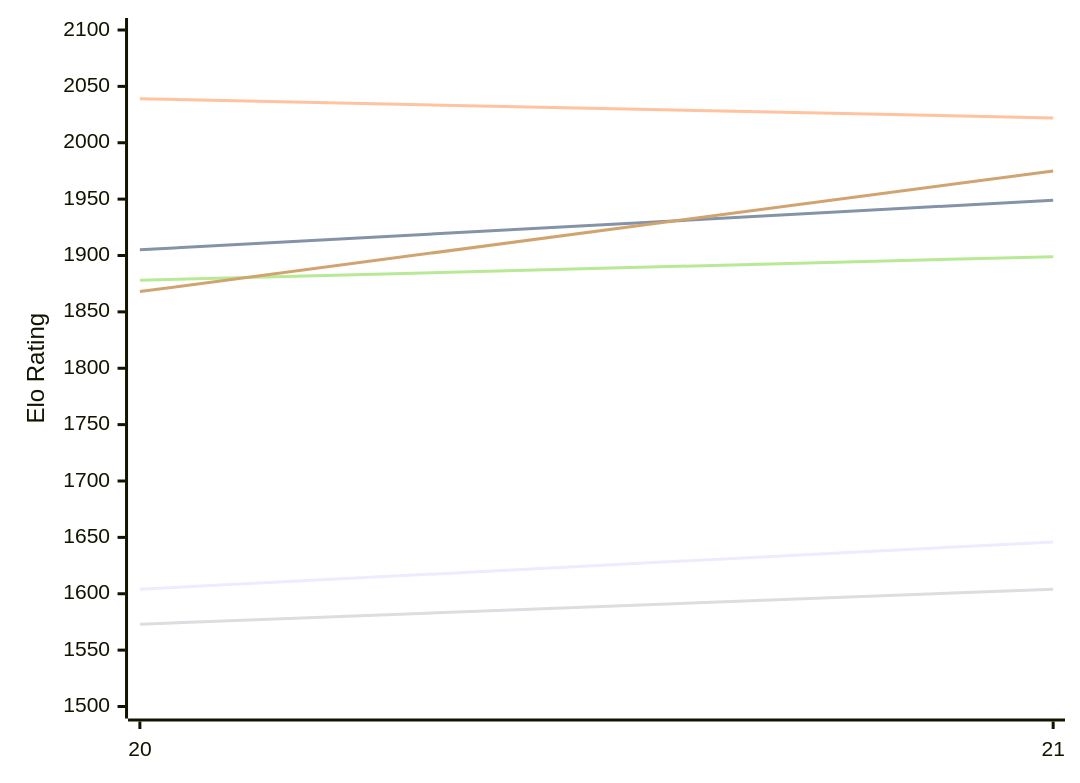
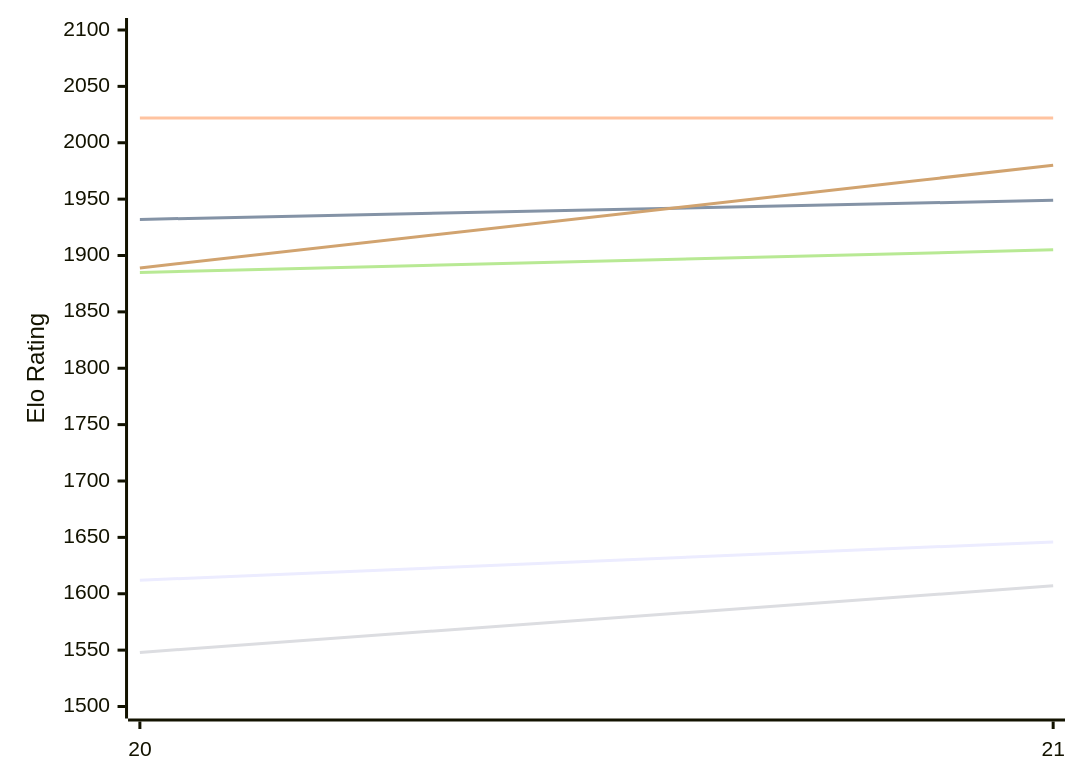
One commit to computer-chess-index/cci changed the first of 2 diagrams in engines/PurplePanda.md. Above: the diagram before and after it, drawn with Mermaid. The commit also changed other lines of this file, not shown here.

Commit message:
Update CCI Ratings (ELO VLTC) - 2026-11-17

````diff
--- a/engines/PurplePanda.md
+++ b/engines/PurplePanda.md
@@ -50,12 +50,12 @@
 ```mermaid
 %%{init: {"theme":"base","themeVariables":{"seriesColors:['#a3a3a3','#222221','#faa371']}}}%%
 xychart-beta
   x-axis ["20", "21"]
   y-axis "Elo Rating" 1500 --> 2100
-  line "E1: STC (8.0+0.08s)" [1604, 1646]
-  line "E1: LTC (60.0+0.60s)" [1905, 1949]
-  line "E1: VLTC (2m24s+1.12s)" [2039, 2022]
-  line "P1: STC (8.0+0.08s)" [1573, 1604]
-  line "P1: LTC (60.0+0.60s)" [1878, 1899]
-  line "P1: VLTC (2m24s+1.12s)" [1868, 1975]
+  line "E1: STC (8.0+0.08s)" [1612, 1646]
+  line "E1: LTC (60.0+0.60s)" [1932, 1949]
+  line "E1: VLTC (2m24s+1.12s)" [2022, 2022]
+  line "P1: STC (8.0+0.08s)" [1548, 1607]
+  line "P1: LTC (60.0+0.60s)" [1885, 1905]
+  line "P1: VLTC (2m24s+1.12s)" [1889, 1980]
 ```
````
